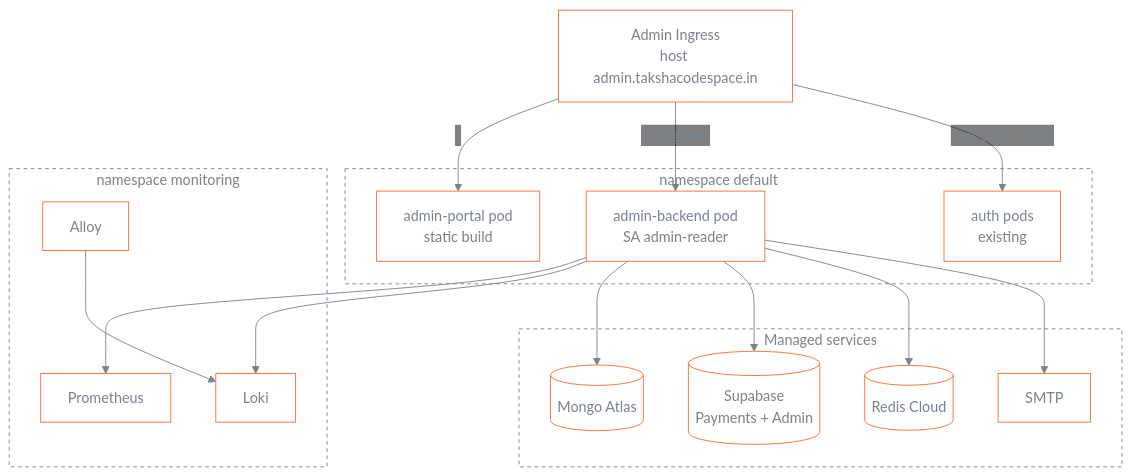
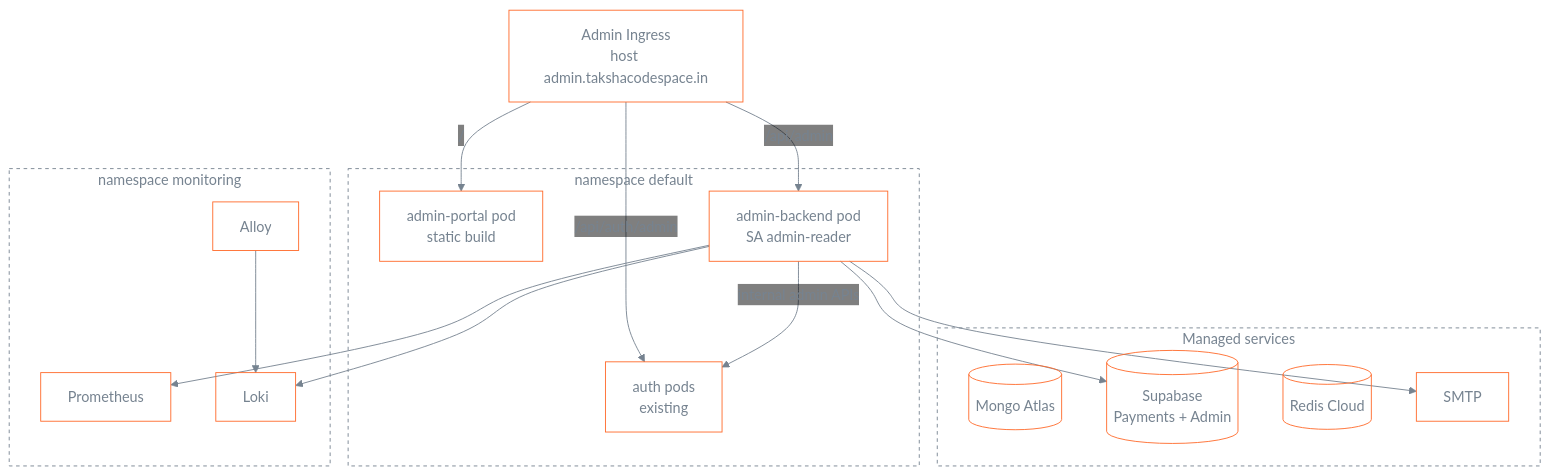
The tenth of 10 diagrams in docs/plans/admin-platform-hld.md (Sahil-coder-30/Capstone), drawn with Mermaid before and after one commit. The commit also changed other lines of this file and 12 other files, not shown here.

````diff
--- a/docs/plans/admin-platform-hld.md
+++ b/docs/plans/admin-platform-hld.md
@@ -301,41 +346,40 @@
 ```mermaid
 %%{init: {"theme":"base","themeVariables":{"background":"transparent","primaryColor":"transparent","secondaryColor":"transparent","tertiaryColor":"transparent","mainBkg":"transparent","clusterBkg":"transparent","nodeBorder":"#FF6A2B","primaryBorderColor":"#FF6A2B","clusterBorder":"#768390","lineColor":"#768390","primaryTextColor":"#768390","textColor":"#768390","titleColor":"#768390","edgeLabelBackground":"transparent"},"themeCSS":".edgeLabel, .edgeLabel p, .edgeLabel span, .labelBkg { background-color: transparent !important; }"}}%%
 flowchart TB
     classDef default fill:transparent,stroke:#FF6A2B,color:#768390
 
     ING[Admin Ingress<br/>host admin.takshacodespace.in]
 
     subgraph NSD[namespace default]
         PORTAL[admin-portal pod<br/>static build]
         ABP[admin-backend pod<br/>SA admin-reader]
         AUTHP[auth pods<br/>existing]
     end
 
     subgraph NSM[namespace monitoring]
         PROM[Prometheus]
         LOKI[Loki]
         ALLOY[Alloy]
     end
 
     subgraph EXT[Managed services]
         ATLAS[(Mongo Atlas)]
         SUPA[(Supabase<br/>Payments + Admin)]
         REDIS[(Redis Cloud)]
         MAIL[SMTP]
     end
 
     ING -- / --> PORTAL
     ING -- /api/admin --> ABP
     ING -- /api/auth/admin --> AUTHP
     ABP --> PROM
     ABP --> LOKI
     ALLOY --> LOKI
-    ABP --> ATLAS
     ABP --> SUPA
-    ABP --> REDIS
+    ABP -- internal admin APIs --> AUTHP
     ABP --> MAIL
 
     style NSD fill:transparent,stroke:#768390,stroke-dasharray:4 4
     style NSM fill:transparent,stroke:#768390,stroke-dasharray:4 4
     style EXT fill:transparent,stroke:#768390,stroke-dasharray:4 4
 ```
````
